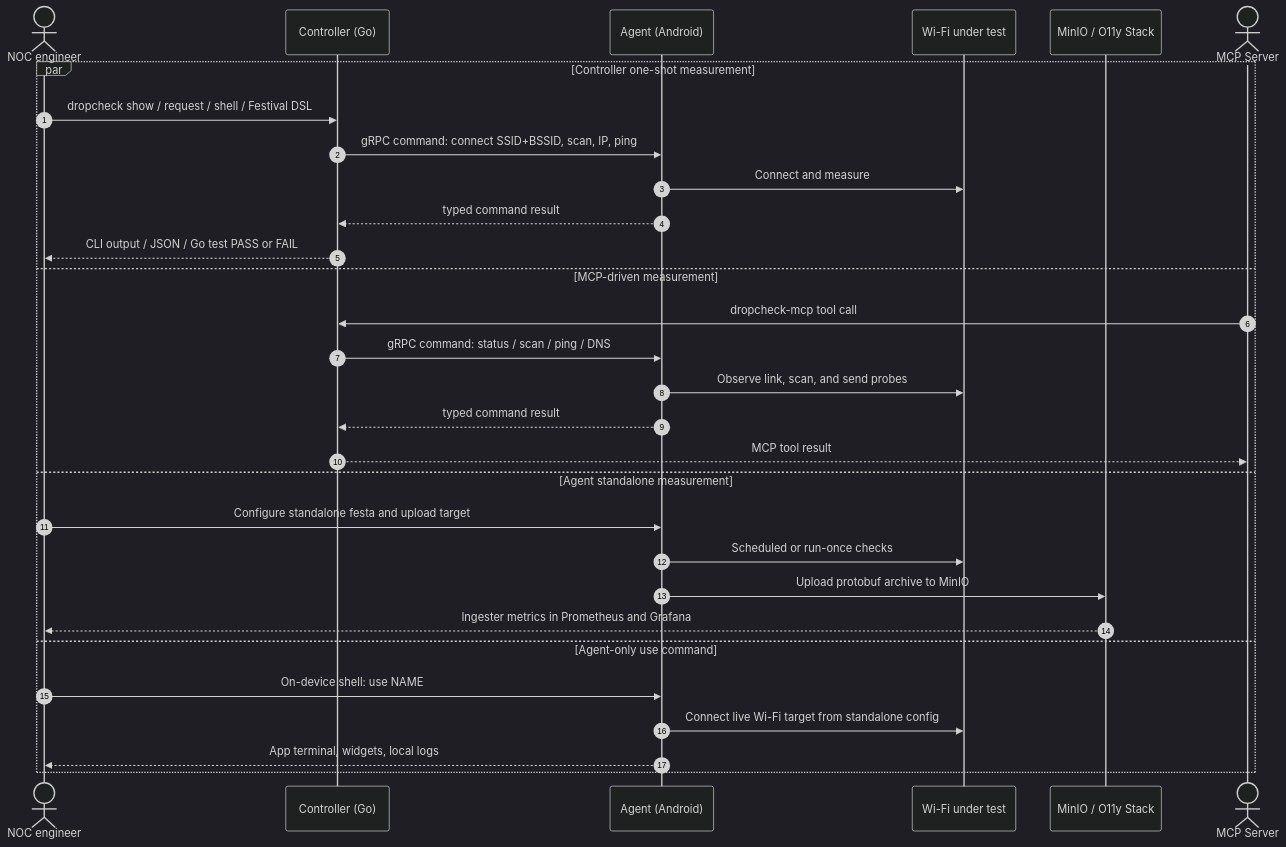
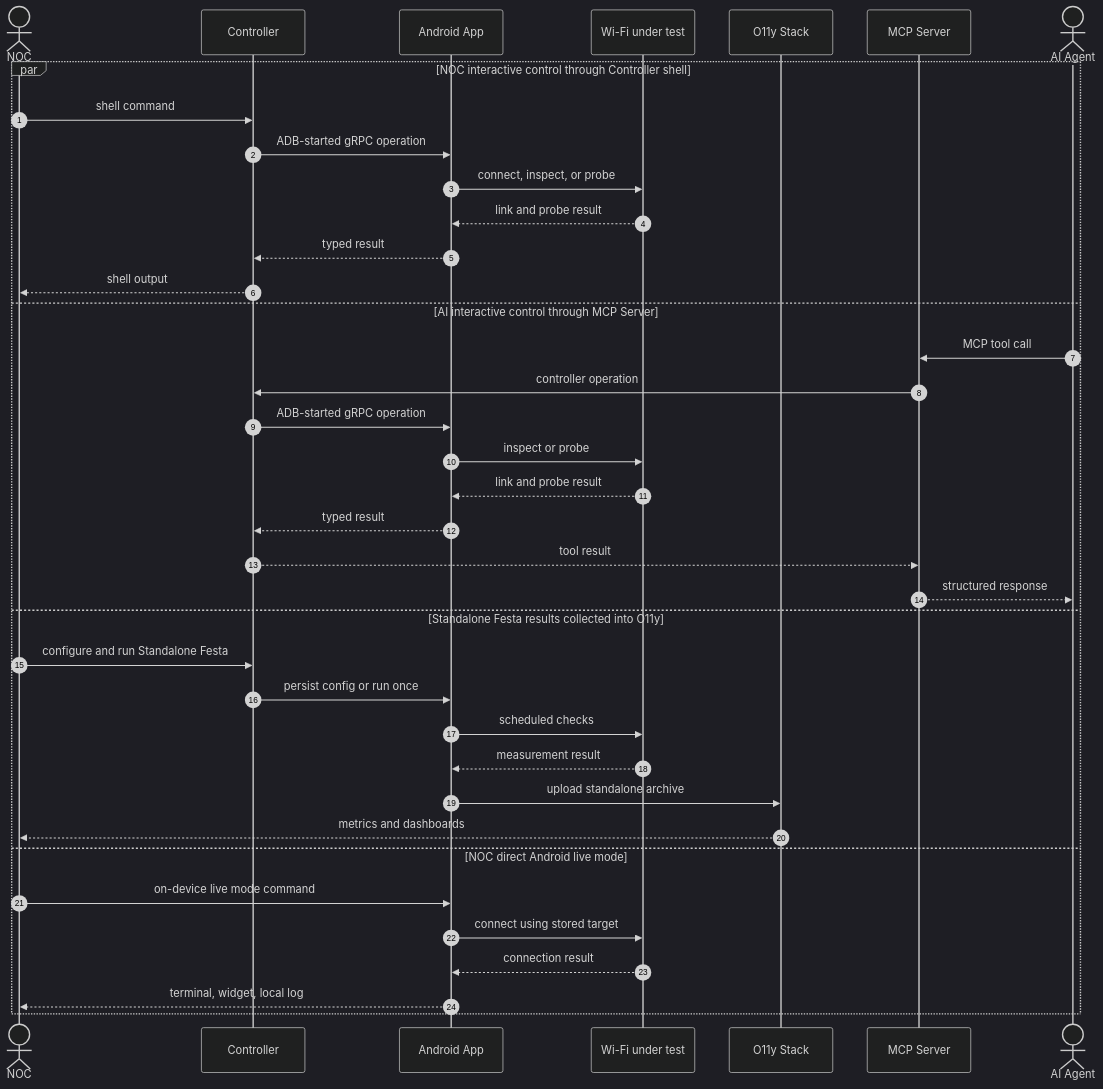
One commit to mi2428/dropcheck-agent changed the diagram in README.md. Above: the diagram before and after it, drawn with Mermaid (dark theme). The commit also changed other lines of this file, not shown here.

Commit message:
docs: update mermaid

````diff
--- a/README.md
+++ b/README.md
@@ -19,33 +14,41 @@
 ```mermaid
 sequenceDiagram
   autonumber
-  actor NOC as NOC engineer
-  participant Controller as Controller (Go)
-  participant Agent as Agent (Android)
+  actor NOC as NOC
+  participant Controller as Controller
+  participant App as Android App
   participant WiFi as Wi-Fi under test
-  participant O11y as MinIO / O11y Stack
-  actor MCP as MCP Server
+  participant O11y as O11y Stack
+  participant MCP as MCP Server
+  actor AI as AI Agent
 
-  par Controller one-shot measurement
-    NOC->>Controller: dropcheck show / request / shell / Festival DSL
-    Controller->>Agent: gRPC command: connect SSID+BSSID, scan, IP, ping
-    Agent->>WiFi: Connect and measure
-    Agent-->>Controller: typed command result
-    Controller-->>NOC: CLI output / JSON / Go test PASS or FAIL
-  and MCP-driven measurement
-    MCP->>Controller: dropcheck-mcp tool call
-    Controller->>Agent: gRPC command: status / scan / ping / DNS
-    Agent->>WiFi: Observe link, scan, and send probes
-    Agent-->>Controller: typed command result
-    Controller-->>MCP: MCP tool result
-  and Agent standalone measurement
-    NOC->>Agent: Configure standalone festa and upload target
-    Agent->>WiFi: Scheduled or run-once checks
-    Agent->>O11y: Upload protobuf archive to MinIO
-    O11y-->>NOC: Ingester metrics in Prometheus and Grafana
-  and Agent-only use command
-    NOC->>Agent: On-device shell: use NAME
-    Agent->>WiFi: Connect live Wi-Fi target from standalone config
-    Agent-->>NOC: App terminal, widgets, local logs
+  par NOC interactive control through Controller shell
+    NOC->>Controller: shell command
+    Controller->>App: ADB-started gRPC operation
+    App->>WiFi: connect, inspect, or probe
+    WiFi-->>App: link and probe result
+    App-->>Controller: typed result
+    Controller-->>NOC: shell output
+  and AI interactive control through MCP Server
+    AI->>MCP: MCP tool call
+    MCP->>Controller: controller operation
+    Controller->>App: ADB-started gRPC operation
+    App->>WiFi: inspect or probe
+    WiFi-->>App: link and probe result
+    App-->>Controller: typed result
+    Controller-->>MCP: tool result
+    MCP-->>AI: structured response
+  and Standalone Festa results collected into O11y
+    NOC->>Controller: configure and run Standalone Festa
+    Controller->>App: persist config or run once
+    App->>WiFi: scheduled checks
+    WiFi-->>App: measurement result
+    App->>O11y: upload standalone archive
+    O11y-->>NOC: metrics and dashboards
+  and NOC direct Android live mode
+    NOC->>App: on-device live mode command
+    App->>WiFi: connect using stored target
+    WiFi-->>App: connection result
+    App-->>NOC: terminal, widget, local log
   end
 ```
````
